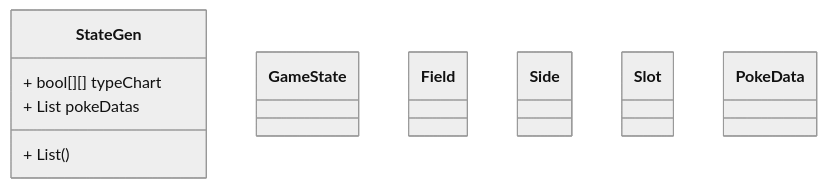
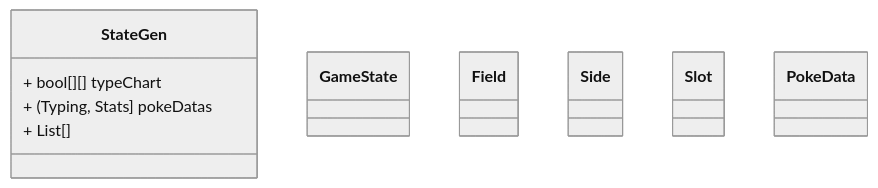
Before and after one commit to UtaSzane/iodraw-files: the diagram in all/Untitled.md, drawn with Mermaid (neutral theme).

Commit message:
2026-06-07 23:26:14 update

````diff
--- a/all/Untitled.md
+++ b/all/Untitled.md
@@ -1,23 +1,23 @@
 ```mermaid
 classDiagram
     class StateGen {
         + bool[][] typeChart
-        + List<Typing, Stats> pokeDatas
-        + List()
+        + (Typing, Stats] pokeDatas
+        + List[]
     }  
     class GameState {
 
     }
     class Field {
 
     }
     class Side {
 
     }
     class Slot {
 
     }
     class PokeData {
 
     }
 ```
````
